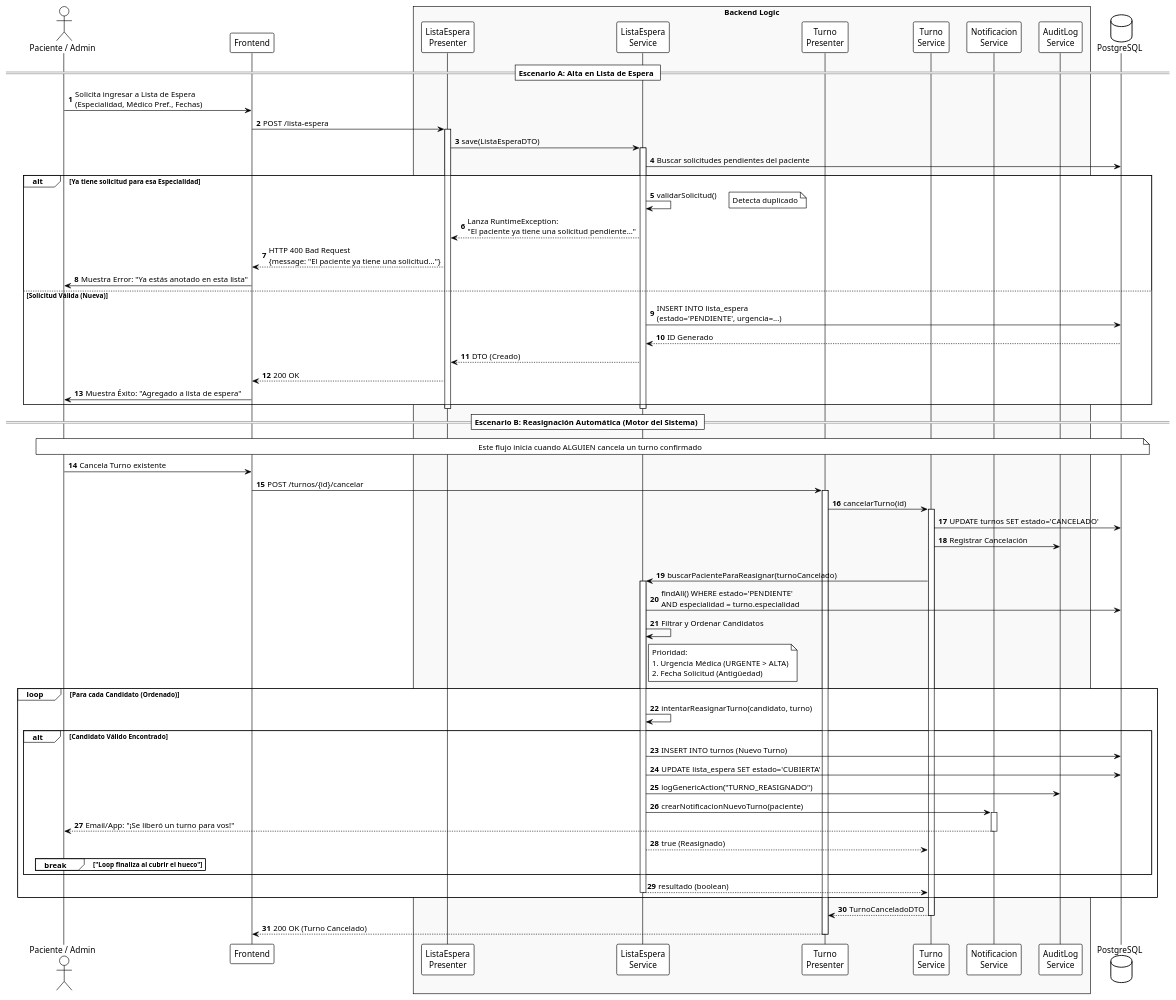
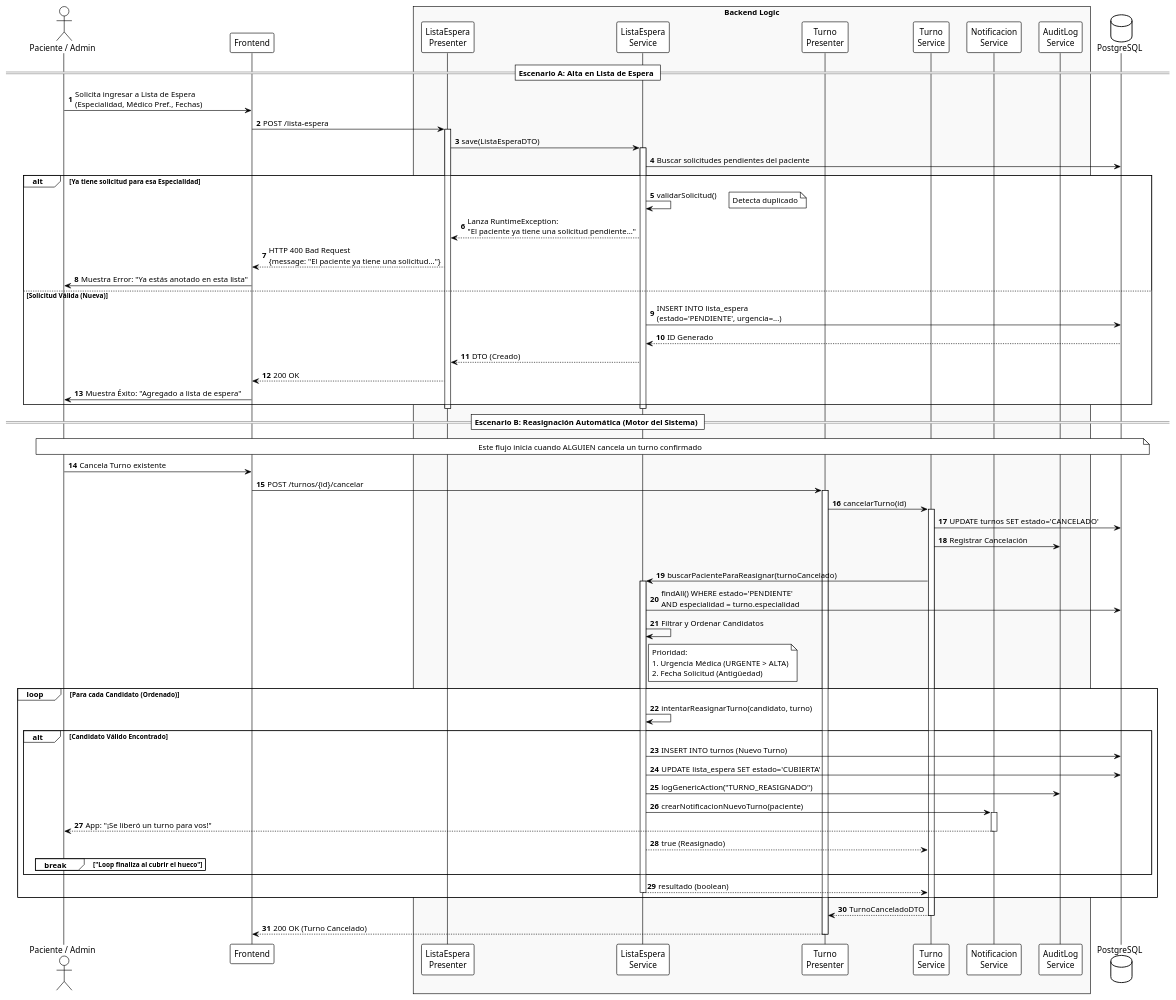
The diagram in out/diagramaFlujoListaEspera.wsd (agustxnpm/TurneroWeb), drawn with PlantUML before and after one commit. The commit also changed 4 other files, not shown here.

```diff
--- a/out/diagramaFlujoListaEspera.wsd
+++ b/out/diagramaFlujoListaEspera.wsd
@@ -1,103 +1,103 @@
 @startuml diagramaFlujoListaEspera
 !theme plain
 autonumber
 
 actor "Paciente / Admin" as User
 participant "Frontend" as FE
 box "Backend Logic" #f9f9f9
     participant "ListaEspera\nPresenter" as LE_Ctrl
     participant "ListaEspera\nService" as LE_Service
     participant "Turno\nPresenter" as T_Ctrl
     participant "Turno\nService" as T_Service
     participant "Notificacion\nService" as Notif
     participant "AuditLog\nService" as Audit
 end box
 database "PostgreSQL" as DB
 
 == Escenario A: Alta en Lista de Espera ==
 
 User -> FE: Solicita ingresar a Lista de Espera\n(Especialidad, Médico Pref., Fechas)
 FE -> LE_Ctrl: POST /lista-espera
 activate LE_Ctrl
 
 LE_Ctrl -> LE_Service: save(ListaEsperaDTO)
 activate LE_Service
 
 LE_Service -> DB: Buscar solicitudes pendientes del paciente
 
 alt Ya tiene solicitud para esa Especialidad
     LE_Service -> LE_Service: validarSolicitud()
     note right: Detecta duplicado
     LE_Service --> LE_Ctrl: Lanza RuntimeException:\n"El paciente ya tiene una solicitud pendiente..."
     
     LE_Ctrl --> FE: HTTP 400 Bad Request\n{message: "El paciente ya tiene una solicitud..."}
     FE -> User: Muestra Error: "Ya estás anotado en esta lista"
 else Solicitud Válida (Nueva)
     LE_Service -> DB: INSERT INTO lista_espera\n(estado='PENDIENTE', urgencia=...)
     DB --> LE_Service: ID Generado
     
     LE_Service --> LE_Ctrl: DTO (Creado)
     LE_Ctrl --> FE: 200 OK
     FE -> User: Muestra Éxito: "Agregado a lista de espera"
 end
 deactivate LE_Service
 deactivate LE_Ctrl
 
 == Escenario B: Reasignación Automática (Motor del Sistema) ==
 
 note over User, DB: Este flujo inicia cuando ALGUIEN cancela un turno confirmado
 
 User -> FE: Cancela Turno existente
 FE -> T_Ctrl: POST /turnos/{id}/cancelar
 activate T_Ctrl
 
 T_Ctrl -> T_Service: cancelarTurno(id)
 activate T_Service
 
 T_Service -> DB: UPDATE turnos SET estado='CANCELADO'
 T_Service -> Audit: Registrar Cancelación
 
 group Algoritmo de Reasignación Automática
     T_Service -> LE_Service: buscarPacienteParaReasignar(turnoCancelado)
     activate LE_Service
     
     LE_Service -> DB: findAll() WHERE estado='PENDIENTE'\nAND especialidad = turno.especialidad
     
     LE_Service -> LE_Service: Filtrar y Ordenar Candidatos
     note right of LE_Service
       Prioridad:
       1. Urgencia Médica (URGENTE > ALTA)
       2. Fecha Solicitud (Antigüedad)
     end note
     
     loop Para cada Candidato (Ordenado)
         LE_Service -> LE_Service: intentarReasignarTurno(candidato, turno)
         
         alt Candidato Válido Encontrado
             LE_Service -> DB: INSERT INTO turnos (Nuevo Turno)
             LE_Service -> DB: UPDATE lista_espera SET estado='CUBIERTA'
             
             LE_Service -> Audit: logGenericAction("TURNO_REASIGNADO")
             
             LE_Service -> Notif: crearNotificacionNuevoTurno(paciente)
             activate Notif
-            Notif --> User: Email/App: "¡Se liberó un turno para vos!"
+            Notif --> User: App: "¡Se liberó un turno para vos!"
             deactivate Notif
             
             LE_Service --> T_Service: true (Reasignado)
             
             break "Loop finaliza al cubrir el hueco"
         end
     end
     
     LE_Service --> T_Service: resultado (boolean)
     deactivate LE_Service
 end
 
 T_Service --> T_Ctrl: TurnoCanceladoDTO
 deactivate T_Service
 
 T_Ctrl --> FE: 200 OK (Turno Cancelado)
 deactivate T_Ctrl
 
 @enduml
```
